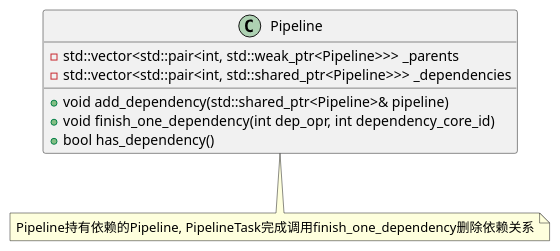
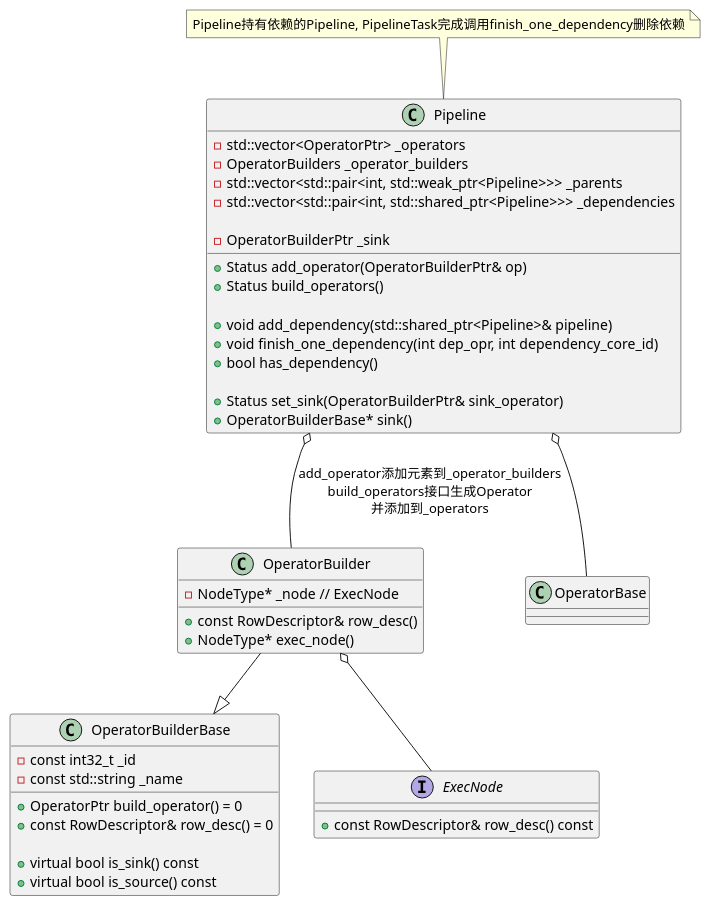
One commit to DepInjoy/geektime changed the third of 11 diagrams in doc/DB/Doris/SourceRead/10_Pipeline.md. Above: the diagram before and after it, drawn with PlantUML. The commit also changed other lines of this file, not shown here.

Commit message:
Doris Pipeline prepare & submit

````diff
--- a/doc/DB/Doris/SourceRead/10_Pipeline.md
+++ b/doc/DB/Doris/SourceRead/10_Pipeline.md
@@ -60,11 +238,50 @@
 ```plantuml
+@startuml
 class Pipeline {
+    - std::vector<OperatorPtr> _operators
+    - OperatorBuilders _operator_builders
     - std::vector<std::pair<int, std::weak_ptr<Pipeline>>> _parents
     - std::vector<std::pair<int, std::shared_ptr<Pipeline>>> _dependencies
+
+    - OperatorBuilderPtr _sink
+
+    + Status add_operator(OperatorBuilderPtr& op)
+    + Status build_operators()
 
     + void add_dependency(std::shared_ptr<Pipeline>& pipeline)
     + void finish_one_dependency(int dep_opr, int dependency_core_id)
     + bool has_dependency()
+
+    + Status set_sink(OperatorBuilderPtr& sink_operator)
+    + OperatorBuilderBase* sink()
 }
-note bottom : Pipeline持有依赖的Pipeline, PipelineTask完成调用finish_one_dependency删除依赖关系
+note top : Pipeline持有依赖的Pipeline, PipelineTask完成调用finish_one_dependency删除依赖
+
+class OperatorBuilderBase {
+    - const int32_t _id
+    - const std::string _name
+
+    + OperatorPtr build_operator() = 0
+    + const RowDescriptor& row_desc() = 0
+
+    + virtual bool is_sink() const
+    + virtual bool is_source() const
+}
+
+class OperatorBuilder {
+    - NodeType* _node // ExecNode
+    + const RowDescriptor& row_desc()
+    + NodeType* exec_node()
+}
+
+interface ExecNode {
+    + const RowDescriptor& row_desc() const
+}
+
+OperatorBuilder -up-o Pipeline : add_operator添加元素到_operator_builders\nbuild_operators接口生成Operator\n并添加到_operators
+OperatorBase -up-o Pipeline
+
+OperatorBuilder -down-|> OperatorBuilderBase
+ExecNode -up-o OperatorBuilder
+@enduml
 ```
````
